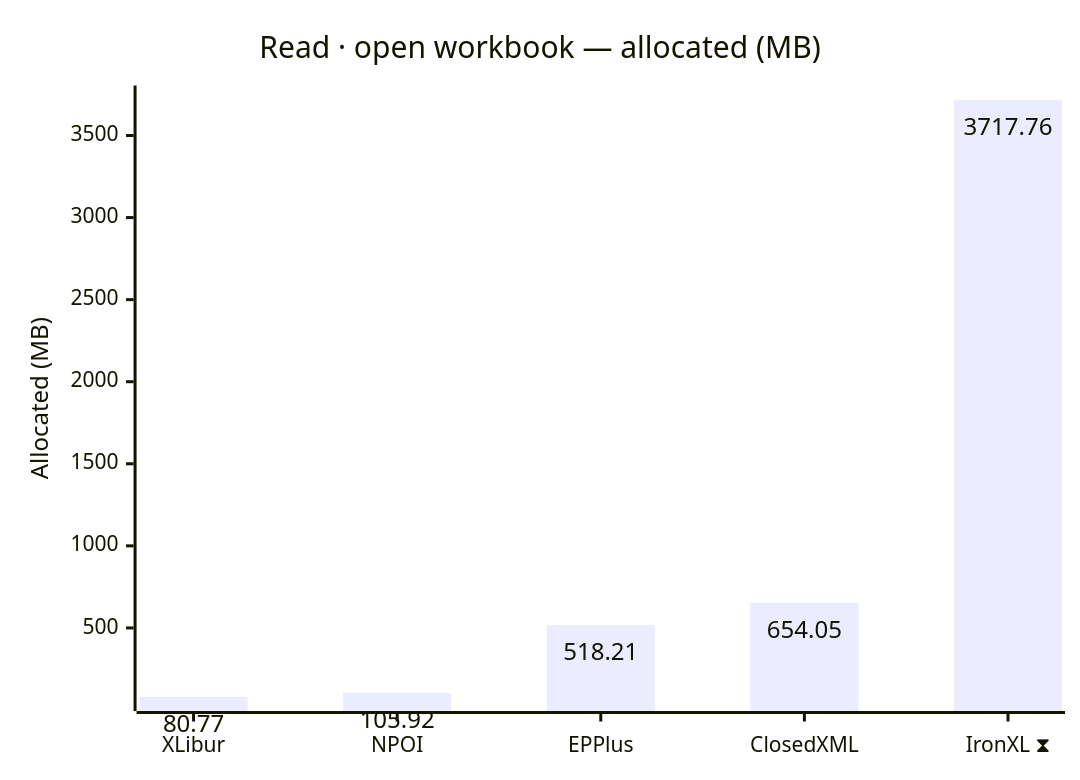
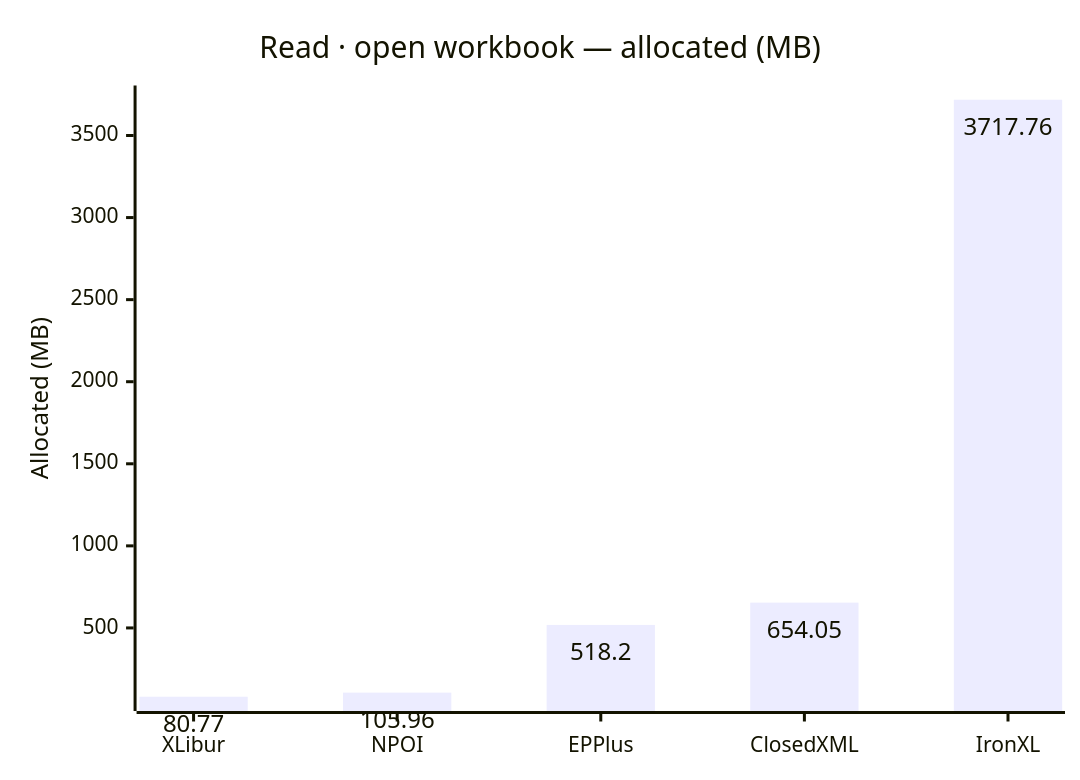
The second of 12 diagrams in docs/results.md (jafin/XLBench), drawn with Mermaid before and after one commit. The commit also changed other lines of this file and 2 other files, not shown here.

````diff
--- a/docs/results.md
+++ b/docs/results.md
@@ -52,12 +48,12 @@
 ```mermaid
 ---
 config:
   xyChart:
     showDataLabel: true
 ---
 xychart-beta
     title "Read · open workbook — allocated (MB)"
-    x-axis ["XLibur", "NPOI", "EPPlus", "ClosedXML", "IronXL ⧗"]
+    x-axis ["XLibur", "NPOI", "EPPlus", "ClosedXML", "IronXL"]
     y-axis "Allocated (MB)"
-    bar [80.77, 105.92, 518.21, 654.05, 3717.76]
+    bar [80.77, 105.96, 518.2, 654.05, 3717.76]
 ```
````
